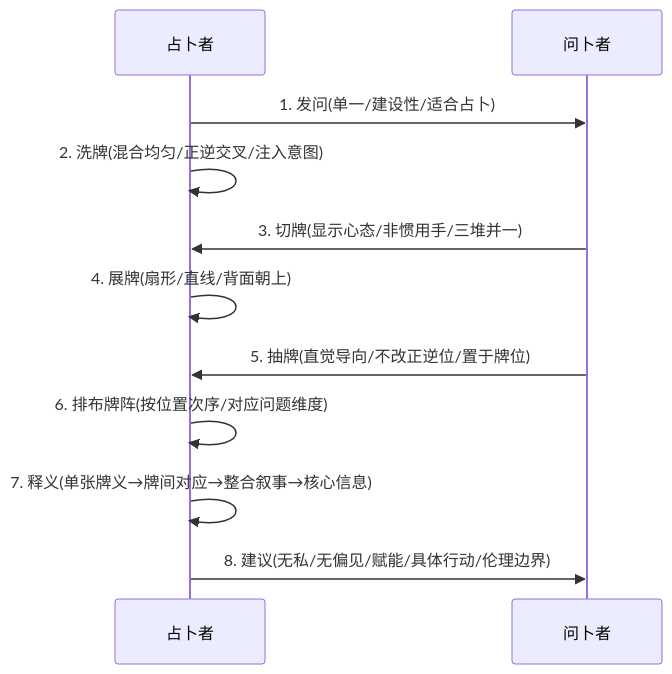
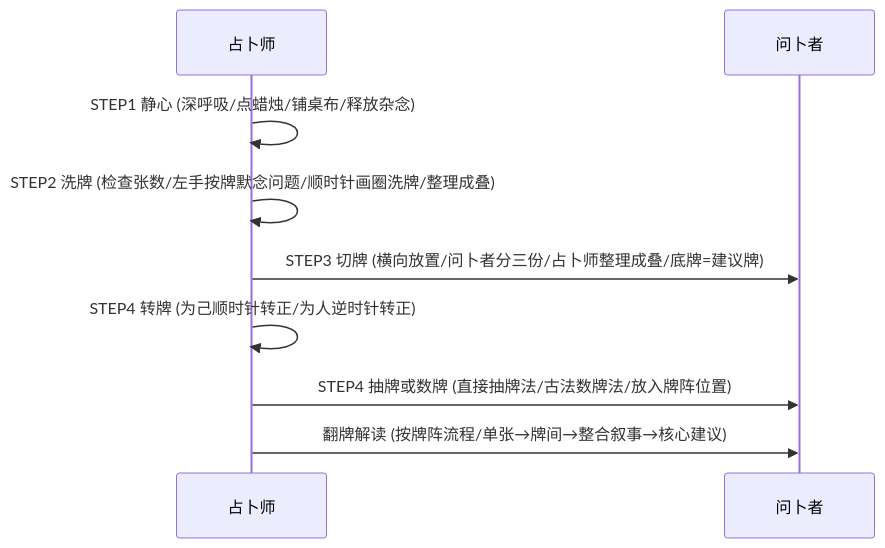
The second of 3 diagrams in pages/illustrated-first-tarot-reading-guide.md (OpenDocCN1/mystery-llm-wiki), drawn with Mermaid before and after one commit. The commit also changed other lines of this file, not shown here.

````diff
--- a/pages/illustrated-first-tarot-reading-guide.md
+++ b/pages/illustrated-first-tarot-reading-guide.md
@@ -145,13 +443,11 @@
 ```mermaid
 sequenceDiagram
-    participant 占卜者
+    participant 占卜师
     participant 问卜者
-    占卜者->>问卜者: 1. 发问(单一/建设性/适合占卜)
-    占卜者->>占卜者: 2. 洗牌(混合均匀/正逆交叉/注入意图)
-    问卜者->>占卜者: 3. 切牌(显示心态/非惯用手/三堆并一)
-    占卜者->>占卜者: 4. 展牌(扇形/直线/背面朝上)
-    问卜者->>占卜者: 5. 抽牌(直觉导向/不改正逆位/置于牌位)
-    占卜者->>占卜者: 6. 排布牌阵(按位置次序/对应问题维度)
-    占卜者->>占卜者: 7. 释义(单张牌义→牌间对应→整合叙事→核心信息)
-    占卜者->>问卜者: 8. 建议(无私/无偏见/赋能/具体行动/伦理边界)
+    占卜师->>占卜师: STEP1 静心 (深呼吸/点蜡烛/铺桌布/释放杂念)
+    占卜师->>占卜师: STEP2 洗牌 (检查张数/左手按牌默念问题/顺时针画圈洗牌/整理成叠)
+    占卜师->>问卜者: STEP3 切牌 (横向放置/问卜者分三份/占卜师整理成叠/底牌=建议牌)
+    占卜师->>占卜师: STEP4 转牌 (为己顺时针转正/为人逆时针转正)
+    占卜师->>问卜者: STEP4 抽牌或数牌 (直接抽牌法/古法数牌法/放入牌阵位置)
+    占卜师->>问卜者: 翻牌解读 (按牌阵流程/单张→牌间→整合叙事→核心建议)
 ```
````
